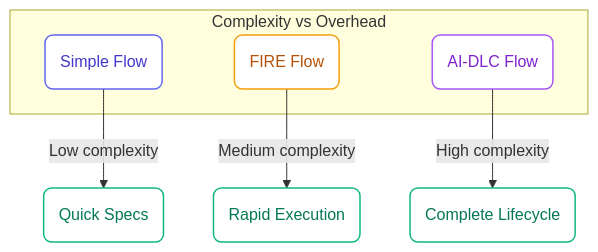
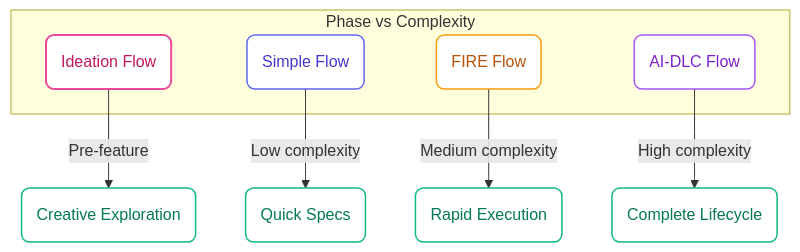
Before and after one commit to fabriqaai/specs.md: the diagram in docs.specs.md/architecture/choose-flow.mdx, drawn with Mermaid. The commit also changed other lines of this file and 6 other files, not shown here.

First line of the commit message:
feat: Introduce Ideation Flow to enhance creative brainstorming capabilities

````diff
--- a/docs.specs.md/architecture/choose-flow.mdx
+++ b/docs.specs.md/architecture/choose-flow.mdx
@@ -119,16 +142,19 @@
 ```mermaid actions={false}
 flowchart TD
-    subgraph "Complexity vs Overhead"
+    subgraph "Phase vs Complexity"
+        I(Ideation Flow):::check
         S(Simple Flow):::plan
         F(FIRE Flow):::warn
         A(AI-DLC Flow):::design
     end
 
+    I -->|"Pre-feature"| Explore(Creative Exploration):::done
     S -->|"Low complexity"| Quick(Quick Specs):::done
     F -->|"Medium complexity"| Rapid(Rapid Execution):::done
     A -->|"High complexity"| Complete(Complete Lifecycle):::done
     classDef design fill:#fff,stroke:#A855F7,color:#7E22CE,stroke-width:1.5px,rx:8,ry:8
     classDef plan fill:#fff,stroke:#6366F1,color:#4338CA,stroke-width:1.5px,rx:8,ry:8
     classDef warn fill:#fff,stroke:#F59E0B,color:#B45309,stroke-width:1.5px,rx:8,ry:8
     classDef done fill:#fff,stroke:#10B981,color:#047857,stroke-width:1.5px,rx:8,ry:8
+    classDef check fill:#fff,stroke:#EC4899,color:#BE185D,stroke-width:2px,rx:8,ry:8
 ```
````
